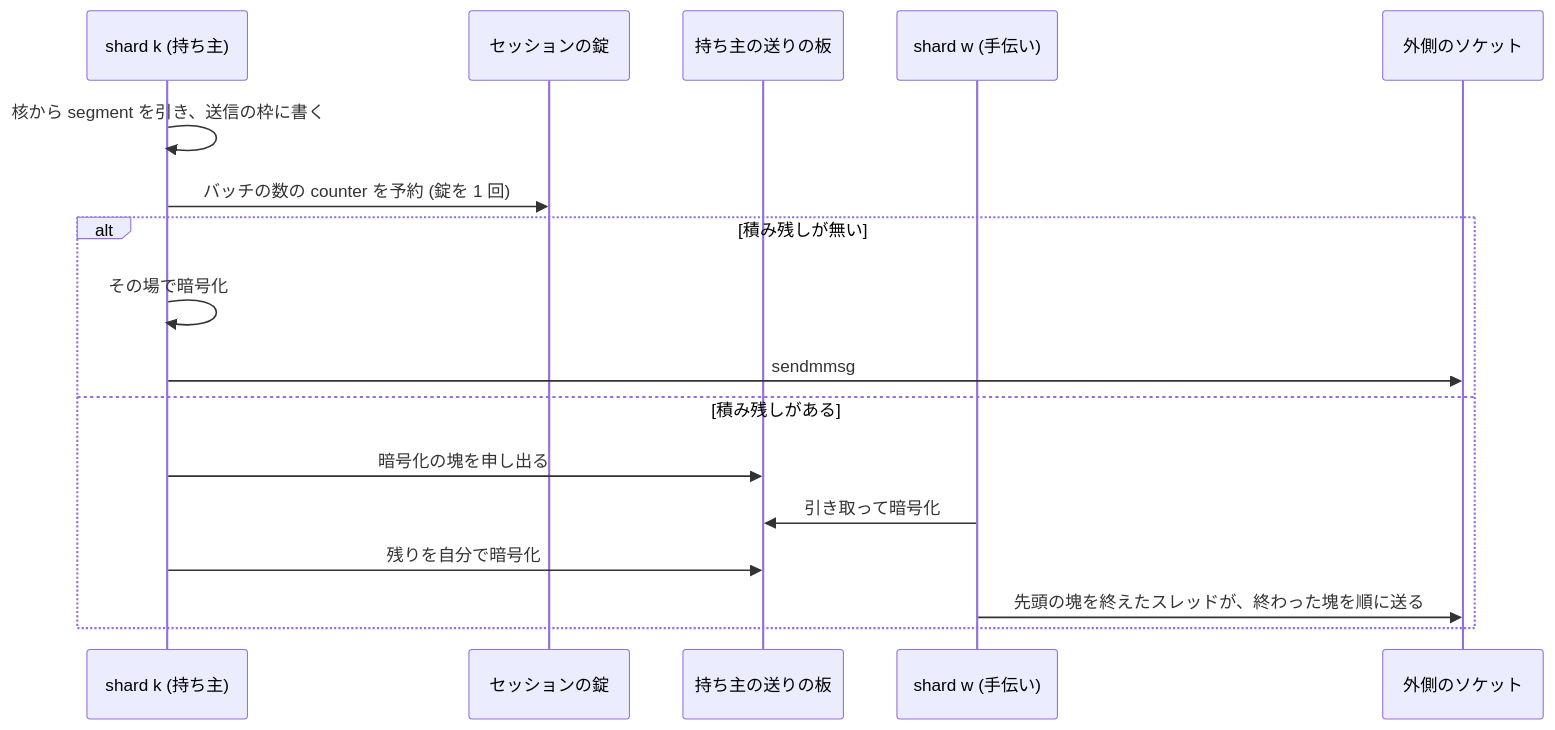
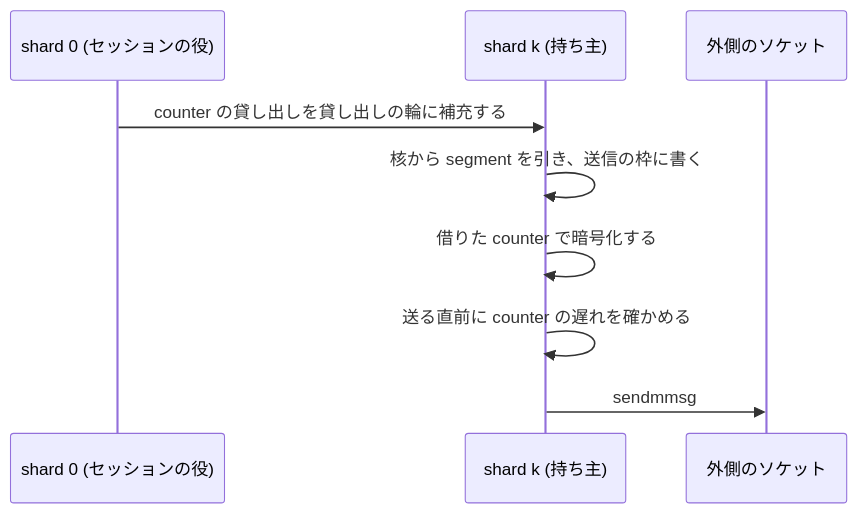
Before and after one commit to rahanahu/wgft: the third of 3 diagrams in docs/design/proposals/parallel-engine/ownership.md, drawn with Mermaid. The commit also changed other lines of this file and 6 other files, not shown here.

````diff
--- a/docs/design/proposals/parallel-engine/ownership.md
+++ b/docs/design/proposals/parallel-engine/ownership.md
@@ -141,19 +152,11 @@
 ```mermaid
 sequenceDiagram
-  participant O as shard k (持ち主)
-  participant L as セッションの錠
-  participant B as 持ち主の送りの板
-  participant W as shard w (手伝い)
+  participant Z as shard 0 (セッションの役)
+  participant K as shard k (持ち主)
   participant S as 外側のソケット
-  O->>O: 核から segment を引き、送信の枠に書く
-  O->>L: バッチの数の counter を予約 (錠を 1 回)
-  alt 積み残しが無い
-    O->>O: その場で暗号化
-    O->>S: sendmmsg
-  else 積み残しがある
-    O->>B: 暗号化の塊を申し出る
-    W->>B: 引き取って暗号化
-    O->>B: 残りを自分で暗号化
-    W->>S: 先頭の塊を終えたスレッドが、終わった塊を順に送る
-  end
+  Z->>K: counter の貸し出しを貸し出しの輪に補充する
+  K->>K: 核から segment を引き、送信の枠に書く
+  K->>K: 借りた counter で暗号化する
+  K->>K: 送る直前に counter の遅れを確かめる
+  K->>S: sendmmsg
 ```
````
